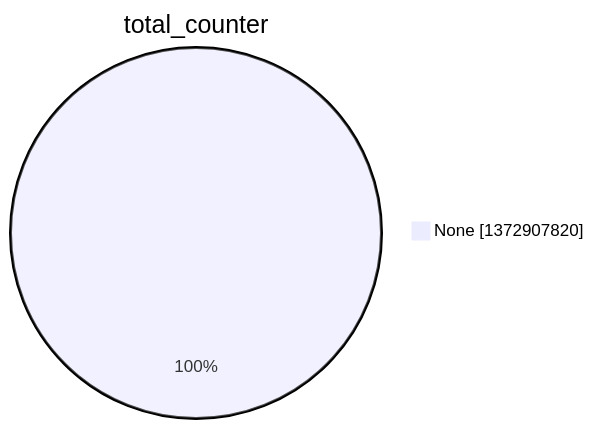
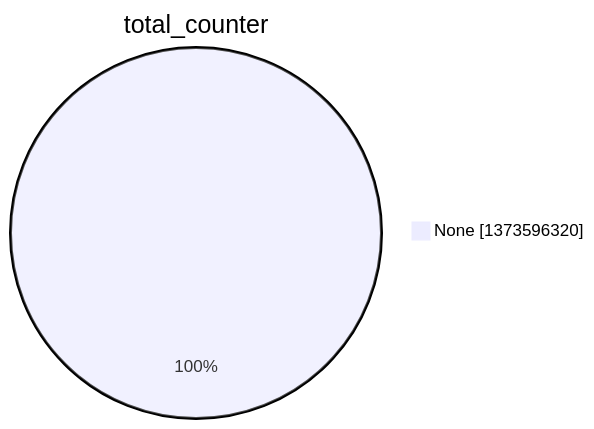
One commit to christiankrug/ctmonitor_visualization changed the second of 15 diagrams in argon2022/README.md. Above: the diagram before and after it, drawn with Mermaid. The commit also changed other lines of this file, not shown here.

````diff
--- a/argon2022/README.md
+++ b/argon2022/README.md
@@ -9,5 +9,5 @@
 ```mermaid
 pie showData
 title total_counter
-"None" :1372907820
+"None" :1373596320
 ```
````
